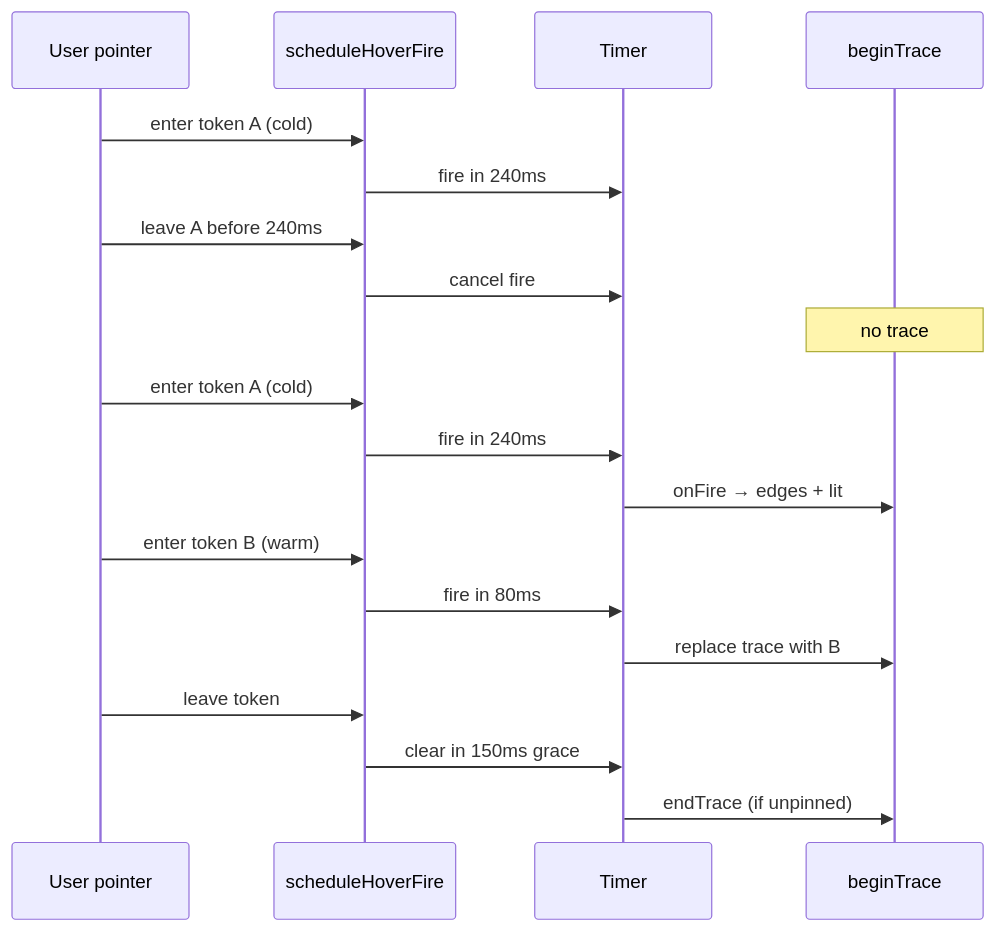
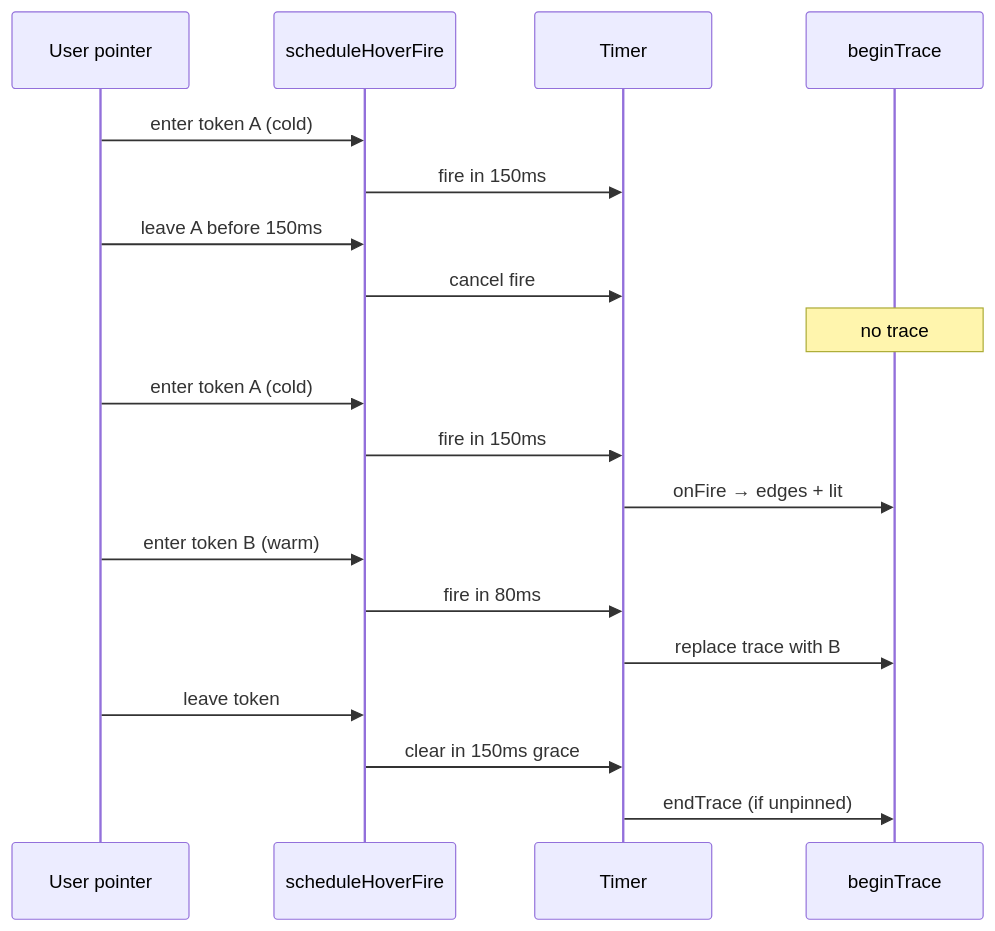
The second of 10 diagrams in docs/specs/system/preview-edges.interactions.supplement.md (matkleve/codegrapher), drawn with Mermaid before and after one commit. The commit also changed other lines of this file and 26 other files, not shown here.

````diff
--- a/docs/specs/system/preview-edges.interactions.supplement.md
+++ b/docs/specs/system/preview-edges.interactions.supplement.md
@@ -45,24 +46,24 @@
 ```mermaid
 sequenceDiagram
   participant U as User pointer
   participant H as scheduleHoverFire
   participant T as Timer
   participant B as beginTrace
 
   U->>H: enter token A (cold)
-  H->>T: fire in 240ms
-  U->>H: leave A before 240ms
+  H->>T: fire in 150ms
+  U->>H: leave A before 150ms
   H->>T: cancel fire
   Note over B: no trace
 
   U->>H: enter token A (cold)
-  H->>T: fire in 240ms
+  H->>T: fire in 150ms
   T->>B: onFire → edges + lit
   U->>H: enter token B (warm)
   H->>T: fire in 80ms
   T->>B: replace trace with B
 
   U->>H: leave token
   H->>T: clear in 150ms grace
   T->>B: endTrace (if unpinned)
 ```
````
